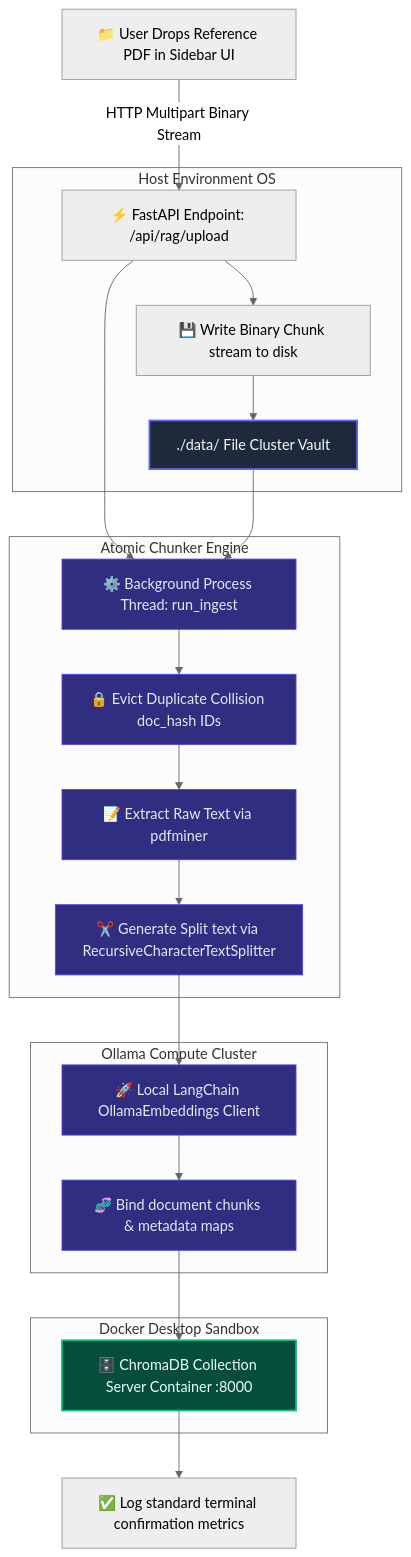
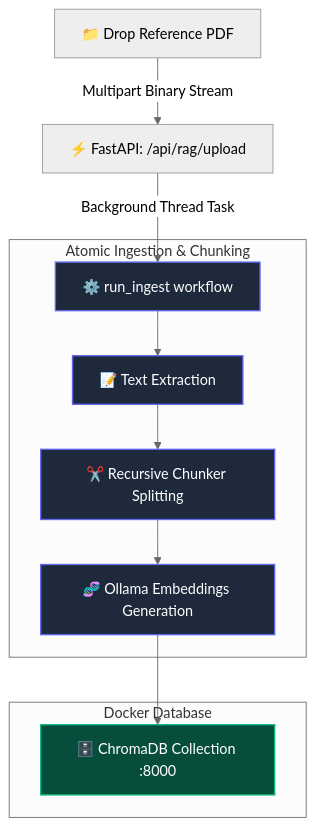
The third of 3 diagrams in README.md (ranapratapmajee/nexusmind), drawn with Mermaid (neutral theme) before and after one commit. The commit also changed other lines of this file and 6 other files, not shown here.

````diff
--- a/README.md
+++ b/README.md
@@ -143,41 +113,21 @@
 ```mermaid
 graph TD
-    %% Styling Profile Configurations
-    classDef fileStyle fill:#1E293B,stroke:#6366F1,stroke-width:2px,color:#F8FAFC;
-    classDef processStyle fill:#312E81,stroke:#4F46E5,stroke-width:1px,color:#E2E8F0;
-    classDef infraStyle fill:#064E3B,stroke:#10B981,stroke-width:2px,color:#ECFDF5;
+    classDef engine fill:#1E293B,stroke:#6366F1,stroke-width:1.5px,color:#FFF;
+    classDef storage fill:#064E3B,stroke:#10B981,stroke-width:1.5px,color:#FFF;
 
-    %% Workflow Structures
-    Upload[📁 User Drops Reference PDF in Sidebar UI] -->|HTTP Multipart Binary Stream| Route[⚡ FastAPI Endpoint: /api/rag/upload]
+    Upload[📁 Drop Reference PDF] -->|Multipart Binary Stream| Route[⚡ FastAPI: /api/rag/upload]
+    Route -->|Background Thread Task| Worker[⚙️ run_ingest workflow]
     
-    subgraph Local Disk Operations [Host Environment OS]
-        Route --> Write[💾 Write Binary Chunk stream to disk]
-        Write --> StorageDir[./data/ File Cluster Vault]
-        class StorageDir fileStyle;
+    subgraph Processing_Engine [Atomic Ingestion & Chunking]
+        Worker --> Extract[📝 Text Extraction]
+        Extract --> Tokenize[✂️ Recursive Chunker Splitting]
+        Tokenize --> Vectorize[🧬 Ollama Embeddings Generation]
     end
-
-    Route --> IngestWorker[⚙️ Background Process Thread: run_ingest]
-    class IngestWorker processStyle;
-    StorageDir --> IngestWorker
-
-    subgraph RAG Compilation Sequence [Atomic Chunker Engine]
-        IngestWorker --> HashCheck[🔒 Evict Duplicate Collision doc_hash IDs]
-        HashCheck --> TextStream[📝 Extract Raw Text via pdfminer]
-        TextStream --> Chunking[✂️ Generate Split text via RecursiveCharacterTextSplitter]
+    class Worker,Extract,Tokenize,Vectorize engine;
+    
+    subgraph Storage_Space [Docker Database]
+        Vectorize --> Chroma[🗄️ ChromaDB Collection :8000]
     end
-    class HashCheck,TextStream,Chunking processStyle;
-
-    subgraph Asynchronous Vector Pipeline [Ollama Compute Cluster]
-        Chunking --> EmbedAPI[🚀 Local LangChain OllamaEmbeddings Client]
-        EmbedAPI --> EmbedMerge[🧬 Bind document chunks & metadata maps]
-    end
-    class EmbedAPI,EmbedMerge processStyle;
-    
-    subgraph Persistent Storage Database [Docker Desktop Sandbox]
-        EmbedMerge --> Chroma[🗄️ ChromaDB Collection Server Container :8000]
-        class Chroma infraStyle;
-    end
-
-    Chroma --> Log[✅ Log standard terminal confirmation metrics]
+    class Chroma storage;
 
 ```
````
